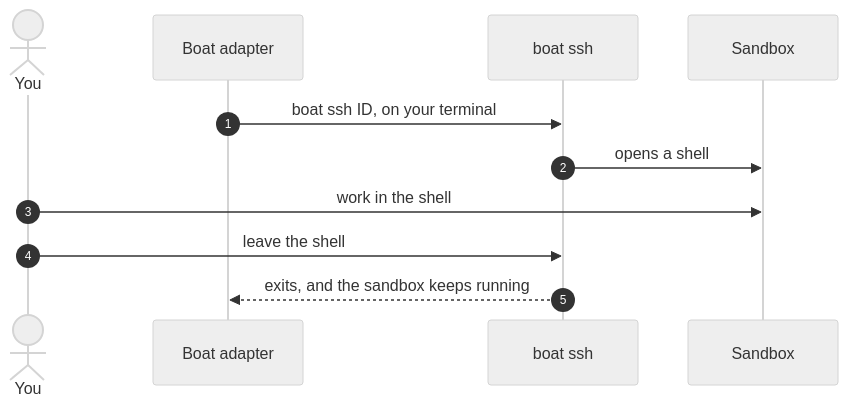
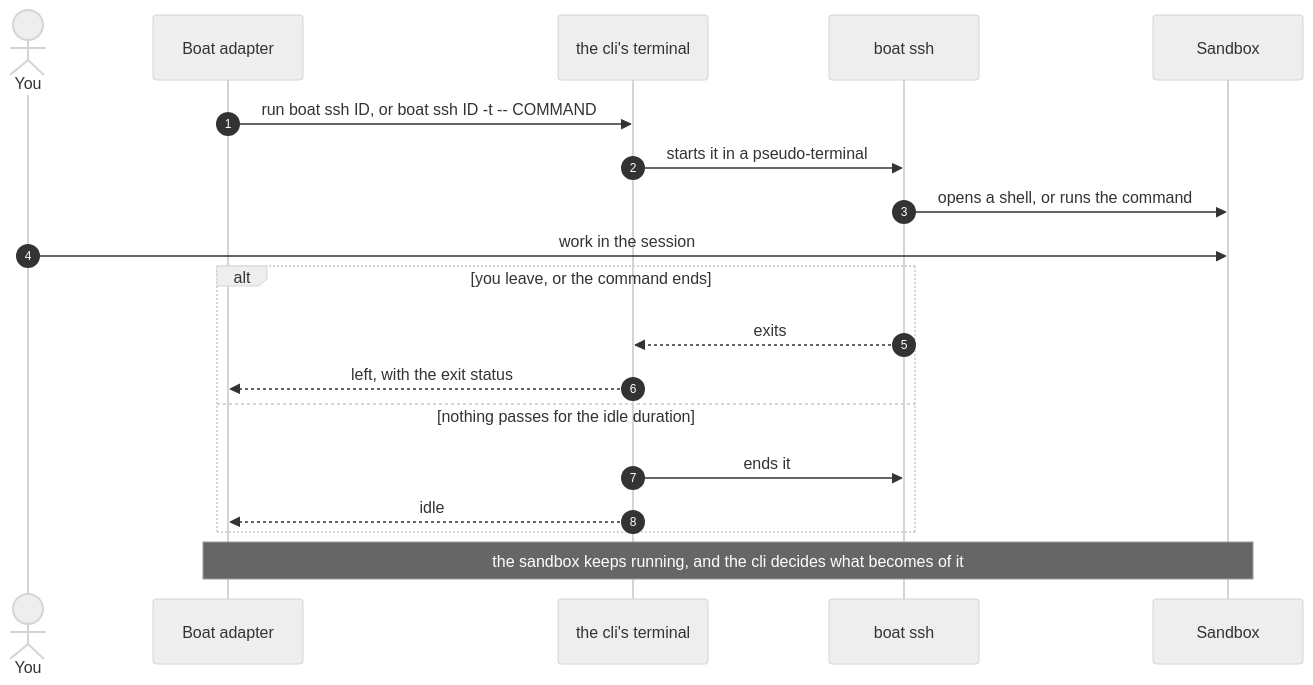
The seventh of 11 diagrams in docs/providers/boat.md (NextNodeSolutions/workspace), drawn with Mermaid (neutral theme) before and after one commit. The commit also changed other lines of this file and 48 other files, not shown here.

````diff
--- a/docs/providers/boat.md
+++ b/docs/providers/boat.md
@@ -175,13 +194,21 @@
 ```mermaid
 sequenceDiagram
     autonumber
     actor You
     participant A as Boat adapter
+    participant T as the cli's terminal
     participant B as boat ssh
     participant S as Sandbox
-    A->>B: boat ssh ID, on your terminal
-    B->>S: opens a shell
-    You->>S: work in the shell
-    You->>B: leave the shell
-    B-->>A: exits, and the sandbox keeps running
+    A->>T: run boat ssh ID, or boat ssh ID -t -- COMMAND
+    T->>B: starts it in a pseudo-terminal
+    B->>S: opens a shell, or runs the command
+    You->>S: work in the session
+    alt you leave, or the command ends
+        B-->>T: exits
+        T-->>A: left, with the exit status
+    else nothing passes for the idle duration
+        T->>B: ends it
+        T-->>A: idle
+    end
+    Note over A,S: the sandbox keeps running, and the cli decides what becomes of it
 ```
````
